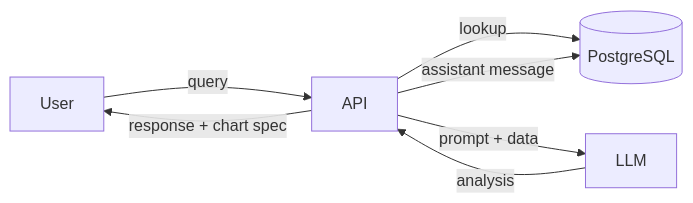
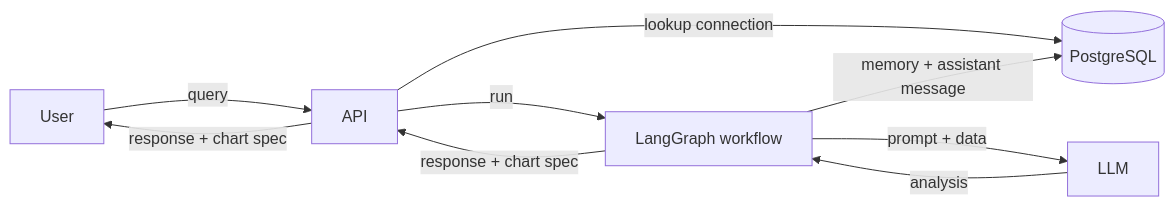
Before and after one commit to benjyongzh/llm-data-analyst: the first of 4 diagrams in README.md, drawn with Mermaid. The commit also changed other lines of this file and 10 other files, not shown here.

Commit message:
Simplify query response schema

````diff
--- a/README.md
+++ b/README.md
@@ -93,9 +108,11 @@
 ```mermaid
 flowchart LR
     U[User] -->|query| API
-    API -->|lookup| DB[(PostgreSQL)]
-    API -->|prompt + data| LLM
-    LLM -->|analysis| API
-    API -->|assistant message| DB
+    API -->|lookup connection| DB[(PostgreSQL)]
+    API -->|run| WF[LangGraph workflow]
+    WF -->|prompt + data| LLM
+    LLM -->|analysis| WF
+    WF -->|memory + assistant message| DB
+    WF -->|response + chart spec| API
     API -->|response + chart spec| U
 ```
````
